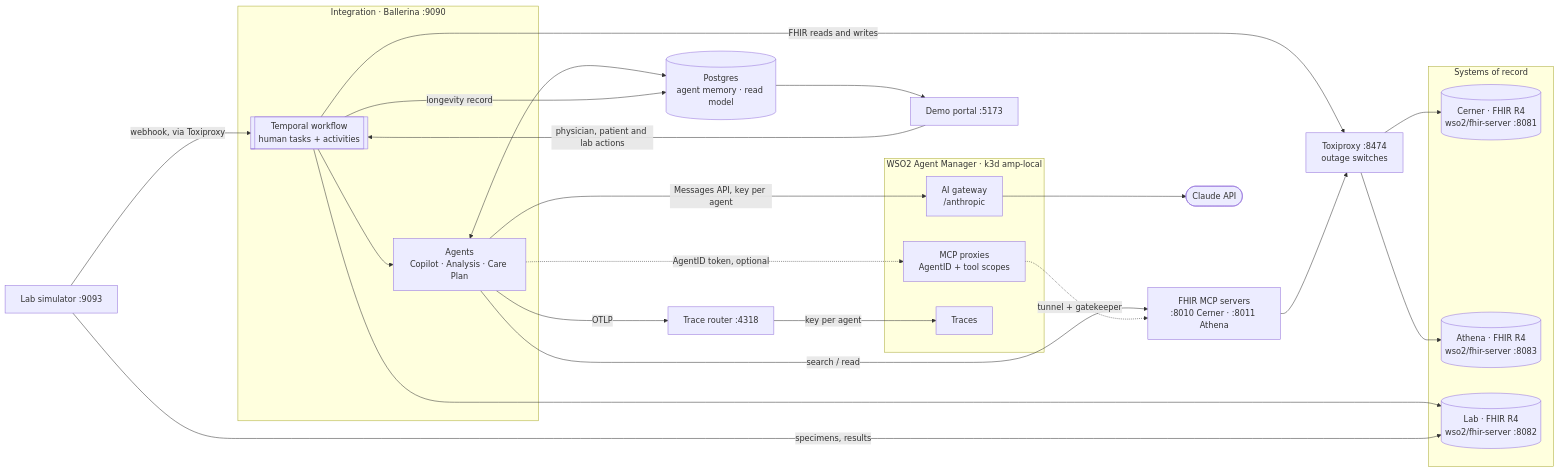
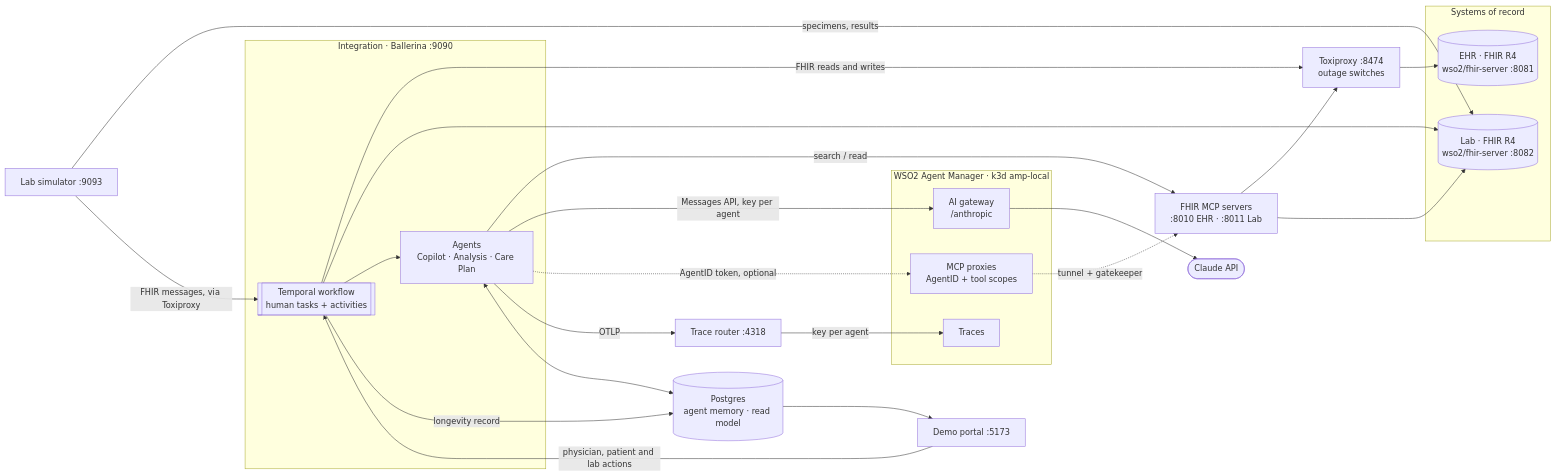
One commit to joelsathi/solutions-healthcare-demos changed the diagram in use-cases/ehr-lab-agents/README.md. Above: the diagram before and after it, drawn with Mermaid. The commit also changed other lines of this file and 3 other files, not shown here.

First line of the commit message:
ehr-lab-agents: portal says "EHR"; architecture diagram on the home page

````diff
--- a/use-cases/ehr-lab-agents/README.md
+++ b/use-cases/ehr-lab-agents/README.md
@@ -16,44 +16,43 @@
 ```mermaid
 flowchart LR
   subgraph SOR["Systems of record"]
-    CER[("Cerner · FHIR R4<br/>wso2/fhir-server :8081")]
-    ATH[("Athena · FHIR R4<br/>wso2/fhir-server :8083")]
+    EHR[("EHR · FHIR R4<br/>wso2/fhir-server :8081")]
     LAB[("Lab · FHIR R4<br/>wso2/fhir-server :8082")]
   end
   TOX["Toxiproxy :8474<br/>outage switches"]
   subgraph INT["Integration · Ballerina :9090"]
     WF[["Temporal workflow<br/>human tasks + activities"]]
     AG["Agents<br/>Copilot · Analysis · Care Plan"]
   end
-  MCP["FHIR MCP servers<br/>:8010 Cerner · :8011 Athena"]
+  MCP["FHIR MCP servers<br/>:8010 EHR · :8011 Lab"]
   SIM["Lab simulator :9093"]
   PG[("Postgres<br/>agent memory · read model")]
   UI["Demo portal :5173"]
   subgraph AMP["WSO2 Agent Manager · k3d amp-local"]
     GW["AI gateway<br/>/anthropic"]
     MP["MCP proxies<br/>AgentID + tool scopes"]
     OBS["Traces"]
   end
   TR["Trace router :4318"]
   CL(["Claude API"])
 
   UI -->|physician, patient and lab actions| WF
   WF -->|FHIR reads and writes| TOX
-  TOX --> CER
-  TOX --> ATH
+  TOX --> EHR
   WF --> LAB
   WF --> AG
   AG -->|search / read| MCP
   AG -->|Messages API, key per agent| GW
   GW --> CL
   AG -.->|AgentID token, optional| MP
   MP -.->|tunnel + gatekeeper| MCP
   AG -->|OTLP| TR
   TR -->|key per agent| OBS
   MCP --> TOX
+  MCP --> LAB
   AG <--> PG
   SIM -->|specimens, results| LAB
-  SIM -->|webhook, via Toxiproxy| WF
+  SIM -->|FHIR messages, via Toxiproxy| WF
   WF -->|longevity record| PG
   PG --> UI
 ```
````
